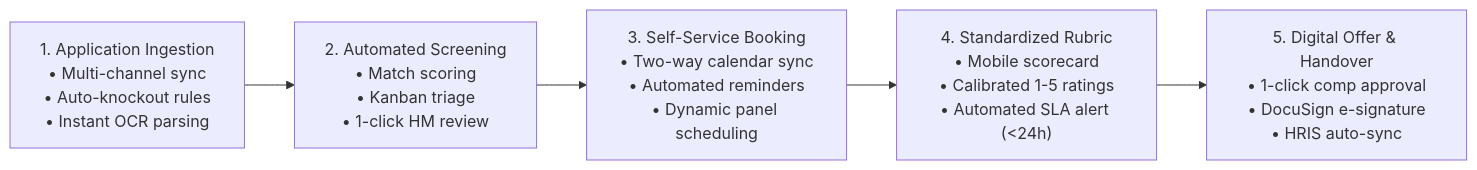
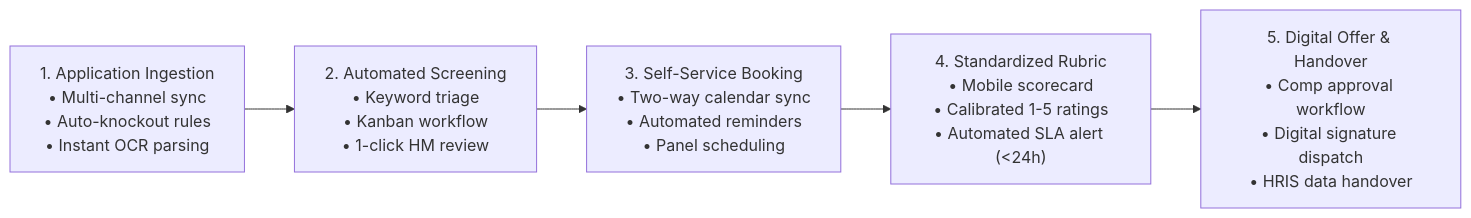
One commit to namrathach10/recruitment-ats-business-analysis changed the third of 5 diagrams in README.md. Above: the diagram before and after it, drawn with Mermaid. The commit also changed other lines of this file and 10 other files, not shown here.

````diff
--- a/README.md
+++ b/README.md
@@ -114,7 +128,7 @@
 ```mermaid
 flowchart LR
-    A["1. Application Ingestion<br/>• Multi-channel sync<br/>• Auto-knockout rules<br/>• Instant OCR parsing"] --> B["2. Automated Screening<br/>• Match scoring<br/>• Kanban triage<br/>• 1-click HM review"]
-    B --> C["3. Self-Service Booking<br/>• Two-way calendar sync<br/>• Automated reminders<br/>• Dynamic panel scheduling"]
+    A["1. Application Ingestion<br/>• Multi-channel sync<br/>• Auto-knockout rules<br/>• Instant OCR parsing"] --> B["2. Automated Screening<br/>• Keyword triage<br/>• Kanban workflow<br/>• 1-click HM review"]
+    B --> C["3. Self-Service Booking<br/>• Two-way calendar sync<br/>• Automated reminders<br/>• Panel scheduling"]
     C --> D["4. Standardized Rubric<br/>• Mobile scorecard<br/>• Calibrated 1-5 ratings<br/>• Automated SLA alert (<24h)"]
-    D --> E["5. Digital Offer & Handover<br/>• 1-click comp approval<br/>• DocuSign e-signature<br/>• HRIS auto-sync"]
+    D --> E["5. Digital Offer & Handover<br/>• Comp approval workflow<br/>• Digital signature dispatch<br/>• HRIS data handover"]
 ```
````
